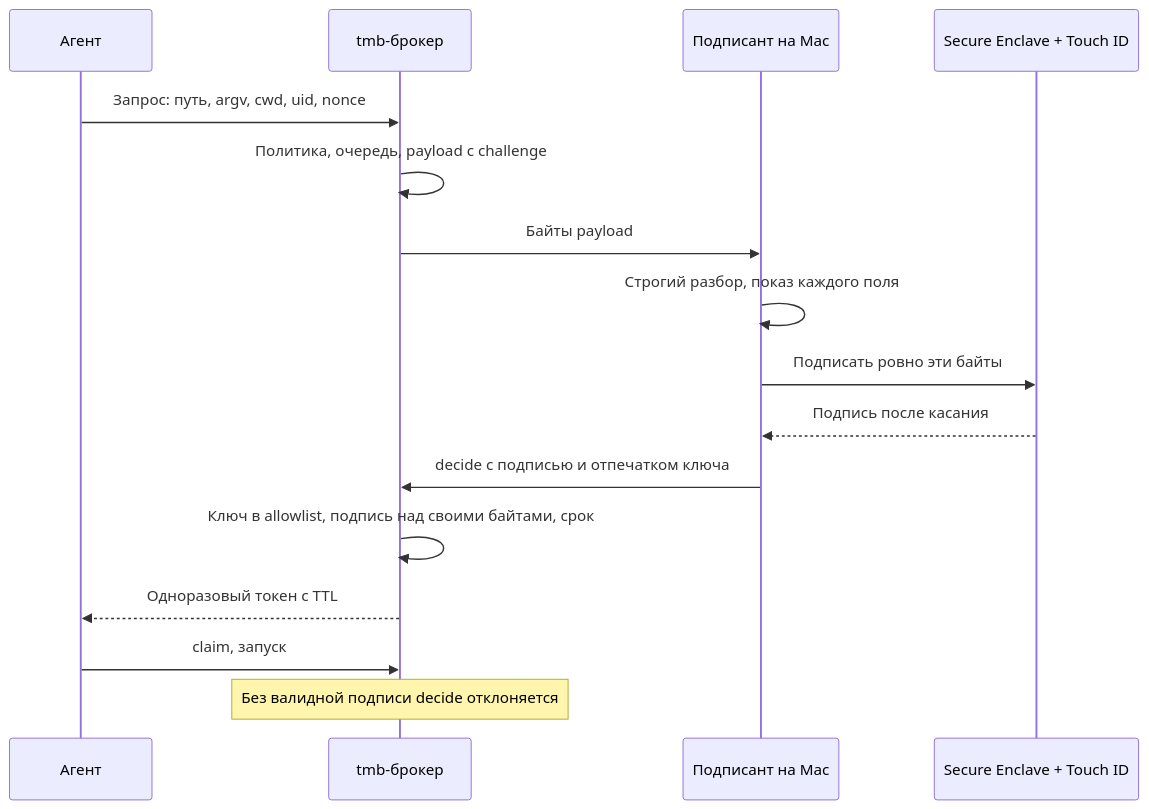
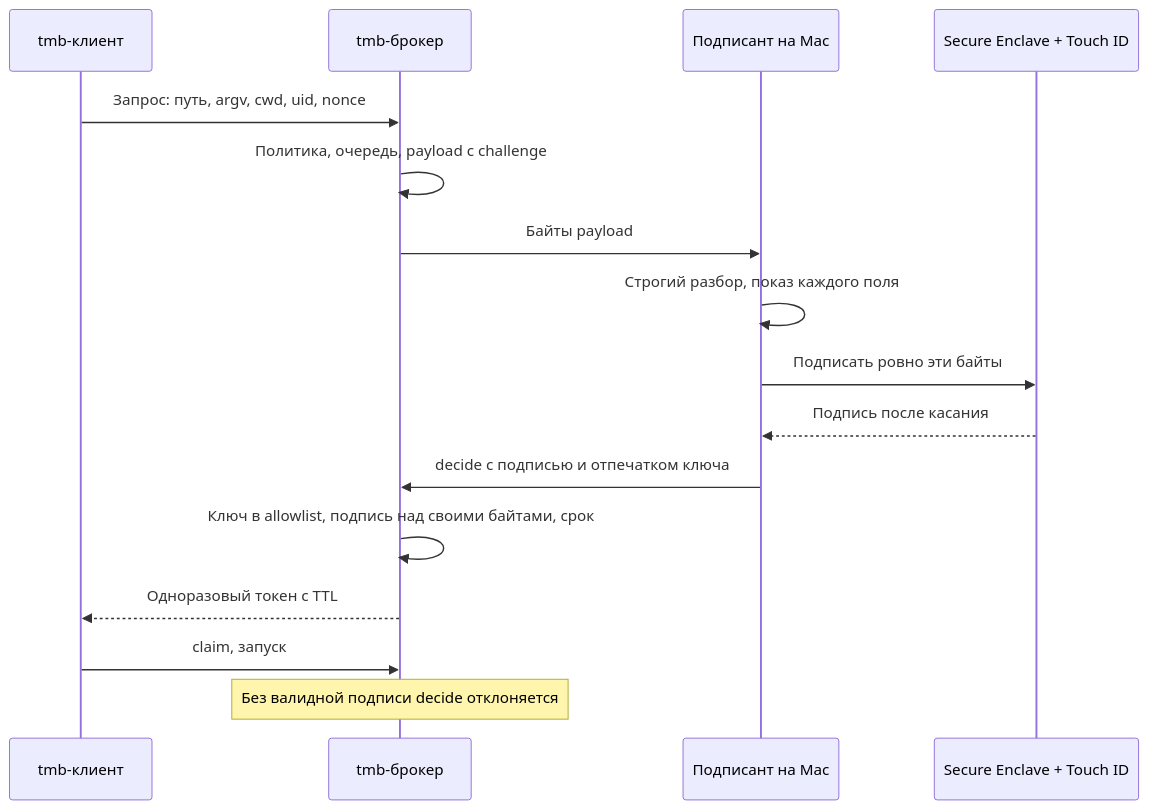
One commit to Vchekryzhov/tmb changed the fourth of 4 diagrams in README.md. Above: the diagram before and after it, drawn with Mermaid.

Commit message:
docs: name the client consistently in the signer diagram

````diff
--- a/README.md
+++ b/README.md
@@ -158,18 +158,18 @@
 ```mermaid
 sequenceDiagram
-    participant A as Агент
+    participant A as tmb-клиент
     participant B as tmb-брокер
     participant S as Подписант на Mac
     participant E as Secure Enclave + Touch ID
     A->>B: Запрос: путь, argv, cwd, uid, nonce
     B->>B: Политика, очередь, payload с challenge
     B->>S: Байты payload
     S->>S: Строгий разбор, показ каждого поля
     S->>E: Подписать ровно эти байты
     E-->>S: Подпись после касания
     S->>B: decide с подписью и отпечатком ключа
     B->>B: Ключ в allowlist, подпись над своими байтами, срок
     B-->>A: Одноразовый токен с TTL
     A->>B: claim, запуск
     Note over B: Без валидной подписи decide отклоняется
 ```
````
